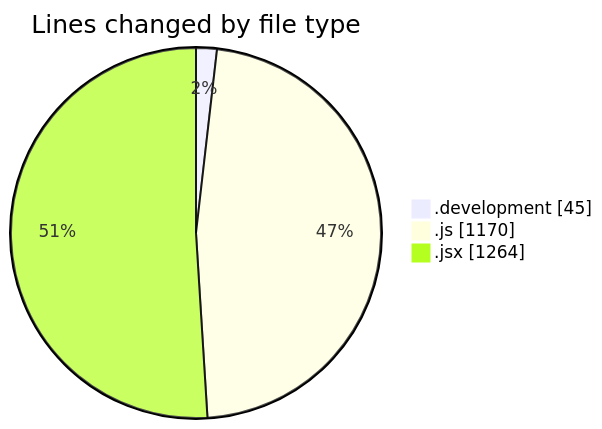
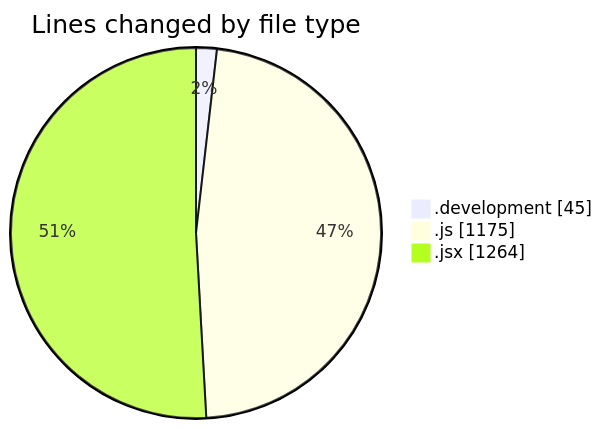
The first of 2 diagrams in 2025-11-10/nxtqube_webapp/README.md (nxtqubesakshisongat/code-tracking), drawn with Mermaid before and after one commit. The commit also changed other lines of this file and 1 other file, not shown here.

````diff
--- a/2025-11-10/nxtqube_webapp/README.md
+++ b/2025-11-10/nxtqube_webapp/README.md
@@ -31,7 +31,7 @@
 ```mermaid
 pie showData
 title Lines changed by file type
 ".development" : 45
-".js" : 1170
+".js" : 1175
 ".jsx" : 1264
 ```
````
